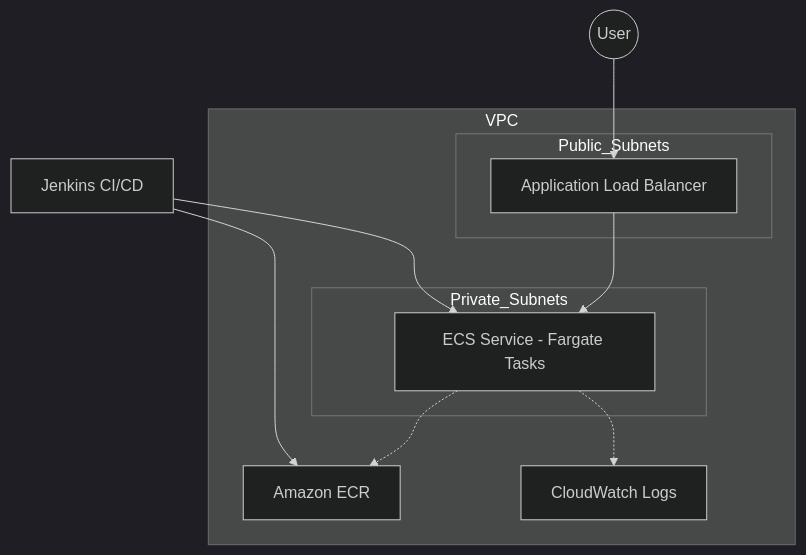
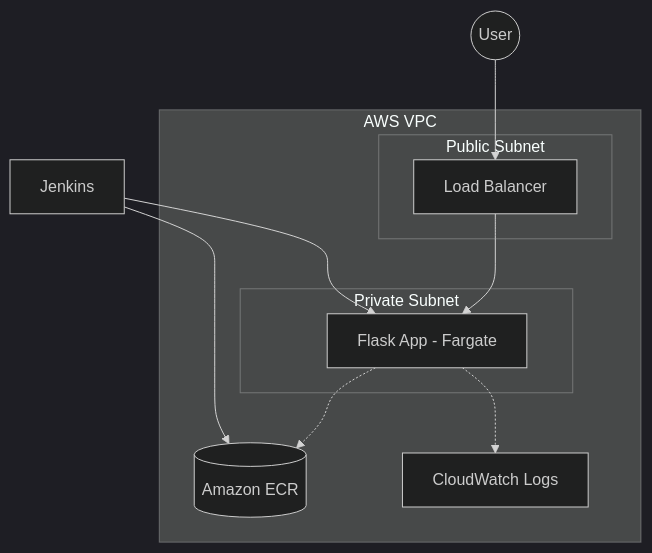
Before and after one commit to kaacchhiii/damolak-challange: the diagram in README.md, drawn with Mermaid (dark theme). The commit also changed other lines of this file, not shown here.

````diff
--- a/README.md
+++ b/README.md
@@ -20,19 +20,19 @@
 ```mermaid
 graph TD
-    User((User)) --> ALB[Application Load Balancer]
-    subgraph VPC
-        subgraph Public_Subnets
+    User((User)) --> ALB[Load Balancer]
+    subgraph VPC [AWS VPC]
+        subgraph Public [Public Subnet]
             ALB
         end
-        subgraph Private_Subnets
-            ECS[ECS Service - Fargate Tasks]
+        subgraph Private [Private Subnet]
+            ECS[Flask App - Fargate]
         end
-        ECR[Amazon ECR]
+        ECR[(Amazon ECR)]
         CW[CloudWatch Logs]
     end
     ALB --> ECS
     ECS -.-> ECR
     ECS -.-> CW
-    Jenkins[Jenkins CI/CD] --> ECR
+    Jenkins[Jenkins] --> ECR
     Jenkins --> ECS
 ```
````
